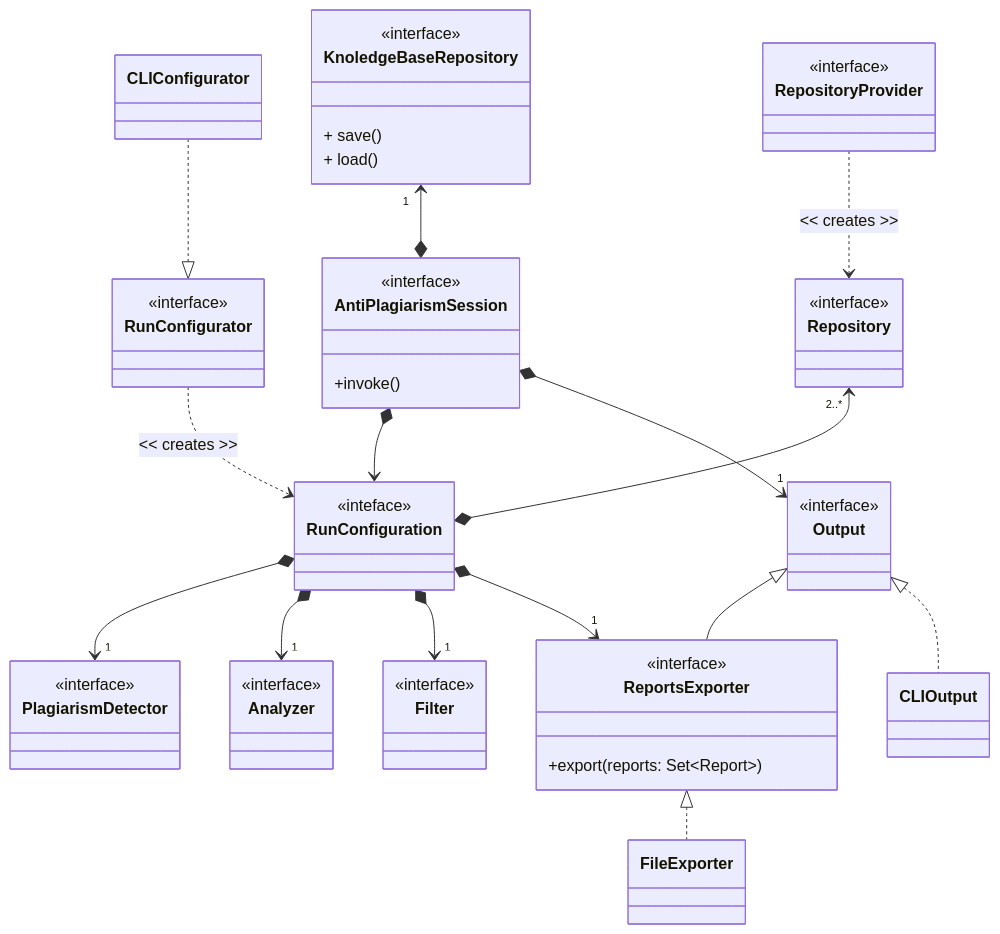
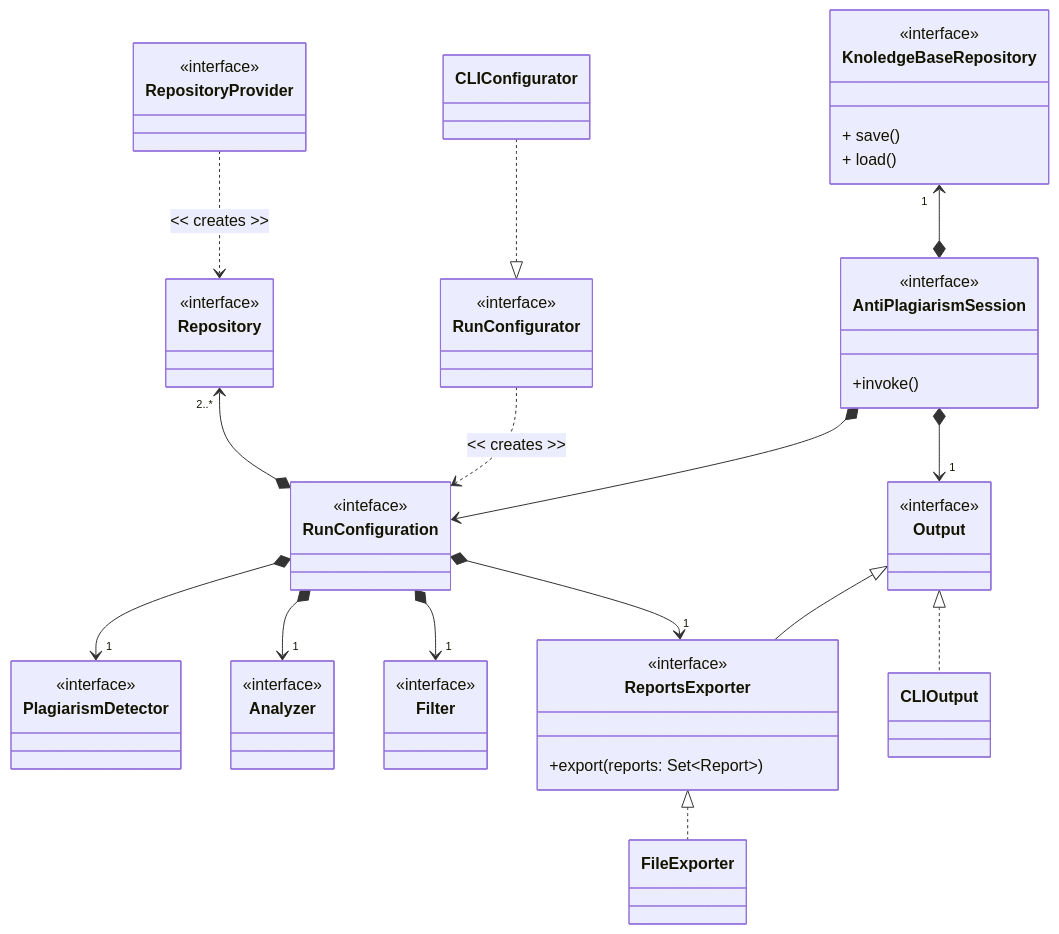
The second of 12 diagrams in doc.md (tassiLuca/code-plagiarism-detector-doc), drawn with Mermaid before and after one commit. The commit also changed other lines of this file, not shown here.

````diff
--- a/doc.md
+++ b/doc.md
@@ -113,63 +113,63 @@
 ```mermaid
 classDiagram
 direction TB
     class AntiPlagiarismSession {
         <<interface>>
         +invoke()
     }
+    AntiPlagiarismSession *--> RunConfiguration
 
     class RunConfigurator {
         <<interface>>
     }
     CLIConfigurator ..|> RunConfigurator
 
     class RunConfiguration {
         <<inteface>>
     }
     RunConfigurator ..> RunConfiguration: << creates >>
-    AntiPlagiarismSession *--> RunConfiguration
 
     class RepositoryProvider {
         <<interface>>
     }
     class Repository {
         <<interface>>
     }
     Repository "2..*" <--* RunConfiguration
     RepositoryProvider ..> Repository: << creates >>
 
     class PlagiarismDetector {
         <<interface>>
     }
     RunConfiguration *--> "1" PlagiarismDetector
 
     class Analyzer {
         <<interface>>
     }
     RunConfiguration *--> "1" Analyzer
 
     class Filter {
         <<interface>>
     }
     RunConfiguration *--> "1" Filter
 
     class KnoledgeBaseRepository {
         <<interface>>
         + save()
         + load()
     }
     KnoledgeBaseRepository "1" <--* AntiPlagiarismSession
 
     class Output {
         <<interface>>
     }
     class ReportsExporter {
         <<interface>>
         +export(reports: Set~Report~)
     }
     Output <|-- ReportsExporter
     ReportsExporter <|.. FileExporter
     RunConfiguration *--> "1" ReportsExporter
     Output <|.. CLIOutput
     AntiPlagiarismSession *--> "1" Output
 ```
````
